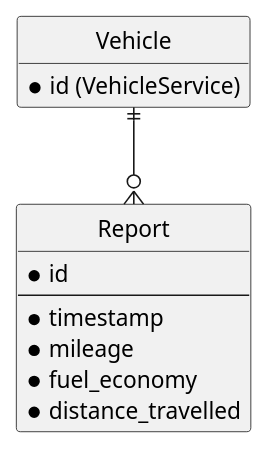
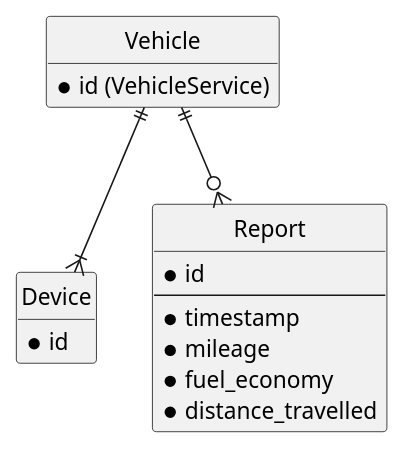
The diagram in 4_cqrs/Report.puml (RisingStack/training-microservices-v2), drawn with PlantUML before and after one commit. The commit also changed 5 other files, not shown here.

```diff
--- a/4_cqrs/Report.puml
+++ b/4_cqrs/Report.puml
@@ -1,21 +1,25 @@
 @startuml
 
 hide circle
 hide empty members
 
 entity Vehicle {
 *id (VehicleService)
+}
+
+entity Device {
+*id
 }
 
 entity Report {
 *id
 ---
 *timestamp
 *mileage
 *fuel_economy
 *distance_travelled
 }
 
 Vehicle ||--o{ Report
-
+Vehicle ||--|{ Device
 @enduml
```
